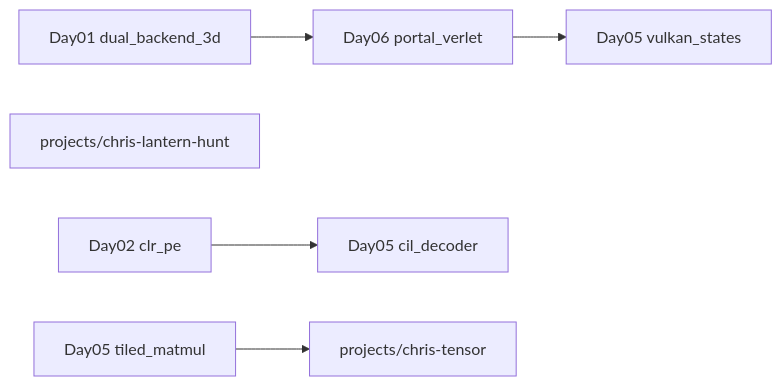
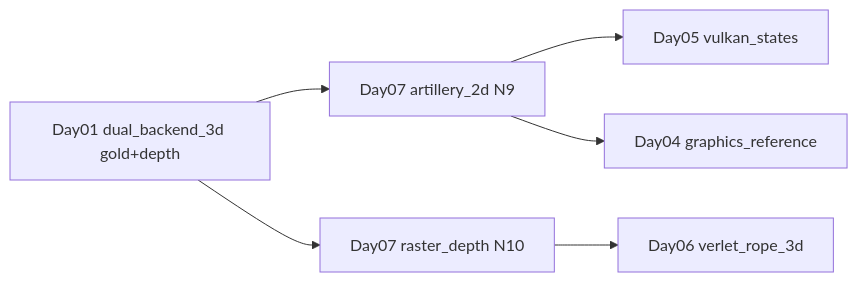
The seventh of 11 diagrams in docs/LEARNING_PATHS.md (christianrss/chris-low-level), drawn with Mermaid before and after one commit. The commit also changed other lines of this file and 369 other files, not shown here.

````diff
--- a/docs/LEARNING_PATHS.md
+++ b/docs/LEARNING_PATHS.md
@@ -127,8 +142,14 @@
 ```mermaid
 flowchart LR
-  gfx[Day01 dual_backend_3d] --> portal[Day06 portal_verlet]
-  portal --> vk[Day05 vulkan_states]
-  hunt[projects/chris-lantern-hunt]
-  clr[Day02 clr_pe] --> cil[Day05 cil_decoder]
-  matmul[Day05 tiled_matmul] --> capstone[projects/chris-tensor]
+  d01[Day01 dual_backend_3d gold+depth]
+  art[Day07 artillery_2d N9]
+  depth[Day07 raster_depth N10]
+  ref[Day04 graphics_reference]
+  rope[Day06 verlet_rope_3d]
+  vk[Day05 vulkan_states]
+  d01 --> art
+  d01 --> depth
+  art --> vk
+  art --> ref
+  depth --> rope
 ```
````
